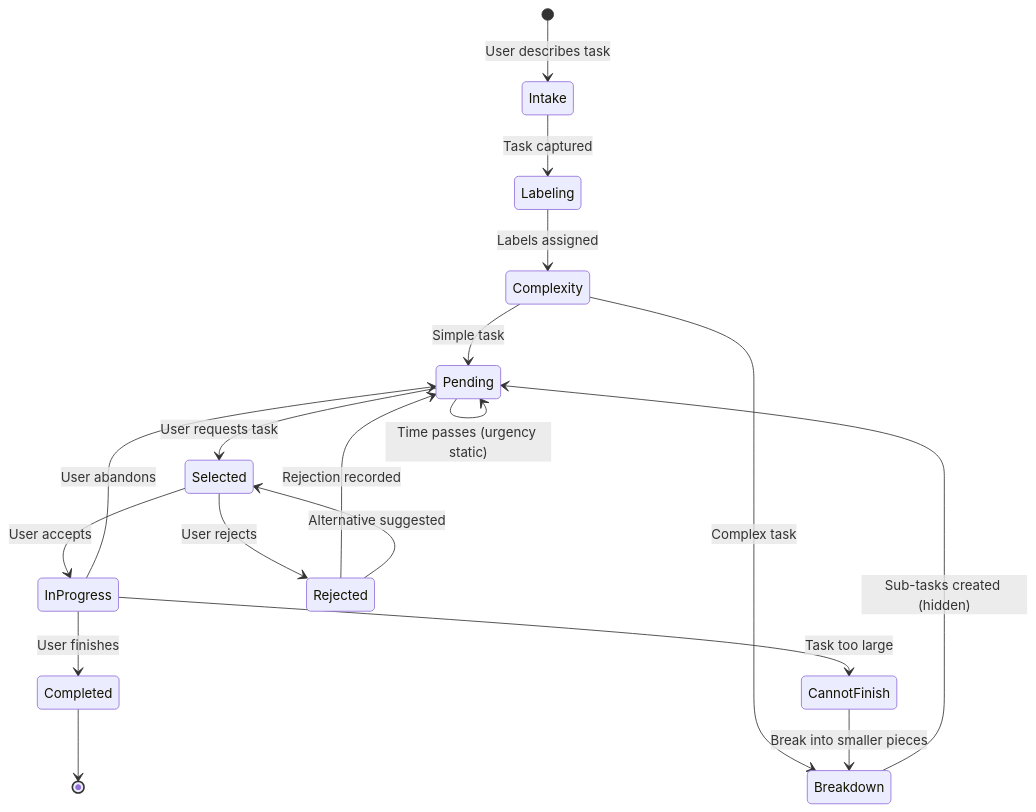
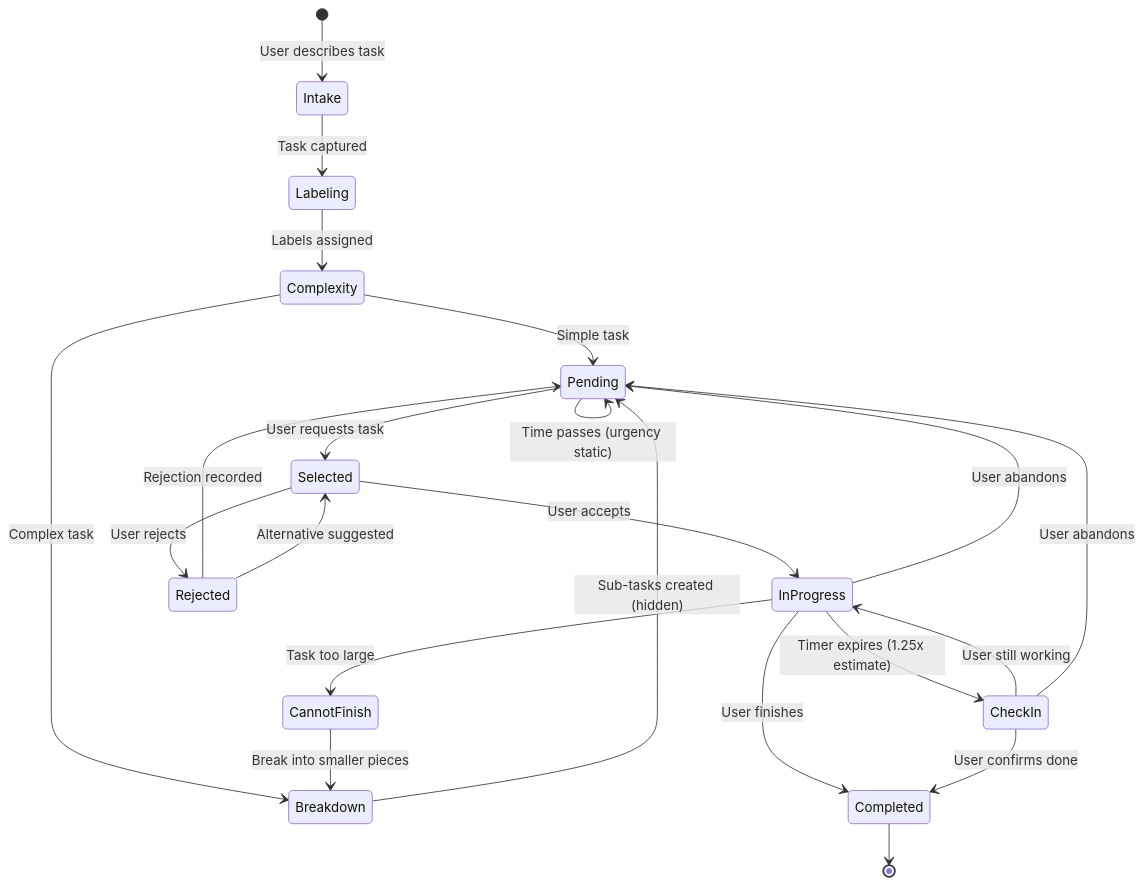
Before and after one commit to NickBorgers/hide-my-list: the first of 19 diagrams in docs/task-lifecycle.md, drawn with Mermaid. The commit also changed other lines of this file and 3 other files, not shown here.

````diff
--- a/docs/task-lifecycle.md
+++ b/docs/task-lifecycle.md
@@ -9,28 +9,33 @@
 ```mermaid
 stateDiagram-v2
     [*] --> Intake: User describes task
 
     Intake --> Labeling: Task captured
     Labeling --> Complexity: Labels assigned
     Complexity --> Pending: Simple task
     Complexity --> Breakdown: Complex task
 
     Breakdown --> Pending: Sub-tasks created (hidden)
 
     Pending --> Selected: User requests task
     Pending --> Pending: Time passes (urgency static)
 
     Selected --> InProgress: User accepts
     Selected --> Rejected: User rejects
 
     Rejected --> Pending: Rejection recorded
     Rejected --> Selected: Alternative suggested
 
+    InProgress --> CheckIn: Timer expires (1.25x estimate)
     InProgress --> Completed: User finishes
     InProgress --> Pending: User abandons
     InProgress --> CannotFinish: Task too large
 
     CannotFinish --> Breakdown: Break into smaller pieces
 
+    CheckIn --> Completed: User confirms done
+    CheckIn --> InProgress: User still working
+    CheckIn --> Pending: User abandons
+
     Completed --> [*]
 ```
````
